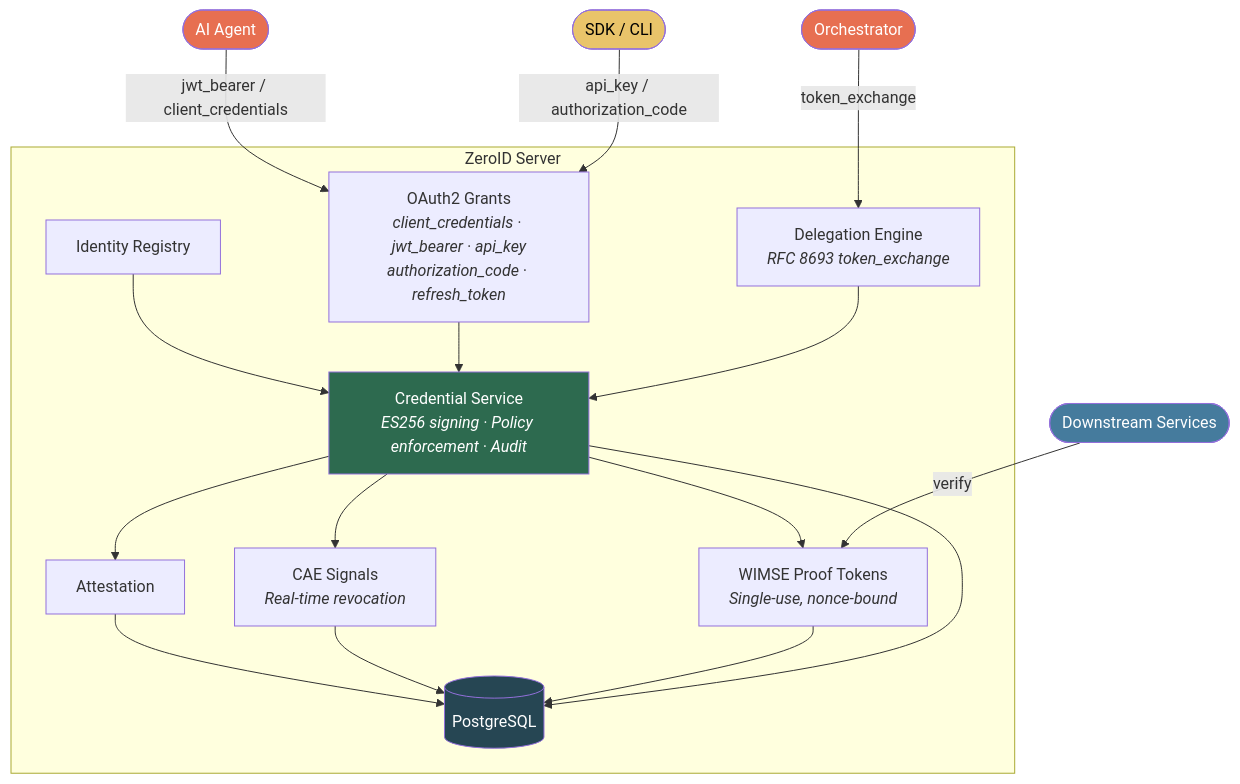
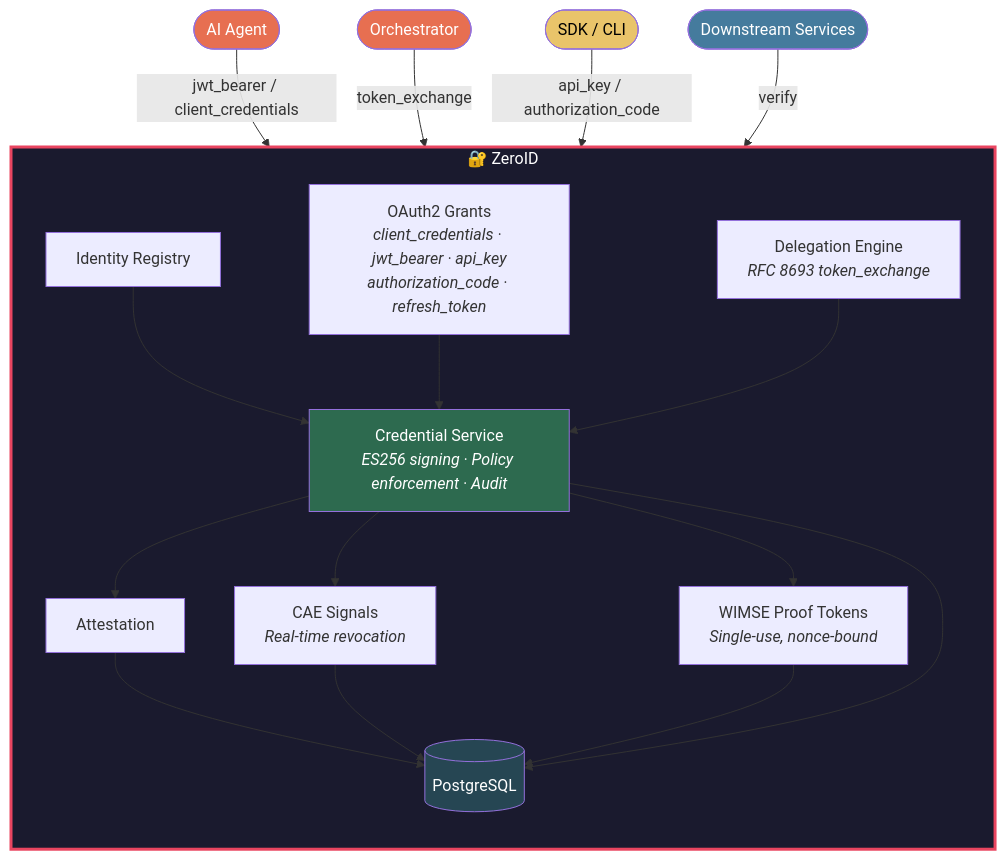
One commit to Kunal-5402/zeroid changed the diagram in README.md. Above: the diagram before and after it, drawn with Mermaid.

````diff
--- a/README.md
+++ b/README.md
@@ -170,29 +170,31 @@
 ```mermaid
 graph TD
-    subgraph ZeroID Server
+    subgraph ZEROID ["🔐 ZeroID"]
+        direction TB
         IR[Identity Registry] --> CS[Credential Service<br/><i>ES256 signing · Policy enforcement · Audit</i>]
         OG[OAuth2 Grants<br/><i>client_credentials · jwt_bearer · api_key<br/>authorization_code · refresh_token</i>] --> CS
         DL[Delegation Engine<br/><i>RFC 8693 token_exchange</i>] --> CS
 
         CS --> AT[Attestation]
         CS --> CAE[CAE Signals<br/><i>Real-time revocation</i>]
         CS --> WPT[WIMSE Proof Tokens<br/><i>Single-use, nonce-bound</i>]
 
         AT --> DB[(PostgreSQL)]
         CAE --> DB
         WPT --> DB
         CS --> DB
     end
 
     Agent([AI Agent]) -- "jwt_bearer / client_credentials" --> OG
     Orchestrator([Orchestrator]) -- "token_exchange" --> DL
     SDK([SDK / CLI]) -- "api_key / authorization_code" --> OG
     Downstream([Downstream Services]) -- "verify" --> WPT
 
+    style ZEROID fill:#1a1a2e,stroke:#e94560,stroke-width:3px,color:#fff
     style CS fill:#2d6a4f,color:#fff
     style DB fill:#264653,color:#fff
     style Agent fill:#e76f51,color:#fff
     style Orchestrator fill:#e76f51,color:#fff
     style SDK fill:#e9c46a,color:#000
     style Downstream fill:#457b9d,color:#fff
 ```
````
